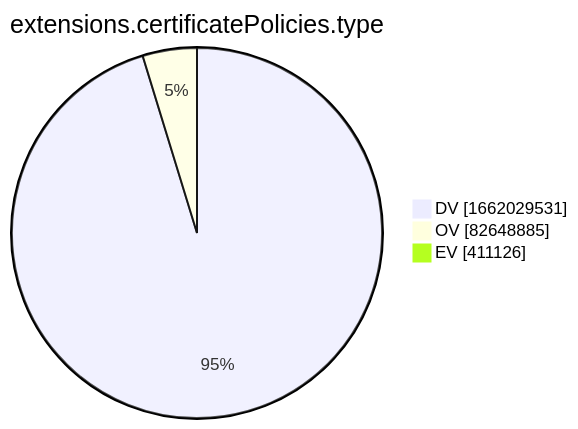
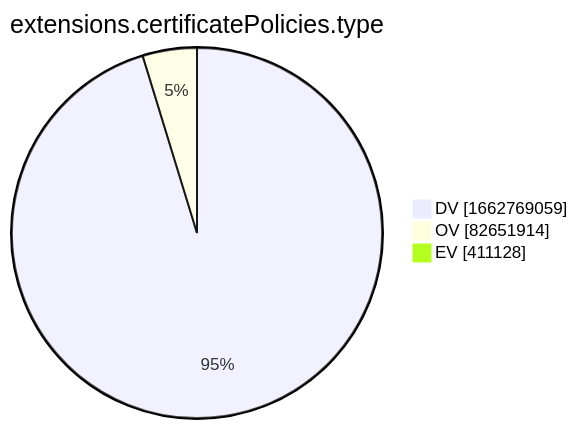
One commit to christiankrug/ctmonitor_visualization changed the tenth of 15 diagrams in xenon2022/README.md. Above: the diagram before and after it, drawn with Mermaid. The commit also changed other lines of this file, not shown here.

````diff
--- a/xenon2022/README.md
+++ b/xenon2022/README.md
@@ -2880,7 +2880,7 @@
 ```mermaid
 pie showData
 title extensions.certificatePolicies.type
-"DV" :1662029531
-"OV" :82648885
-"EV" :411126
+"DV" :1662769059
+"OV" :82651914
+"EV" :411128
 ```
````
